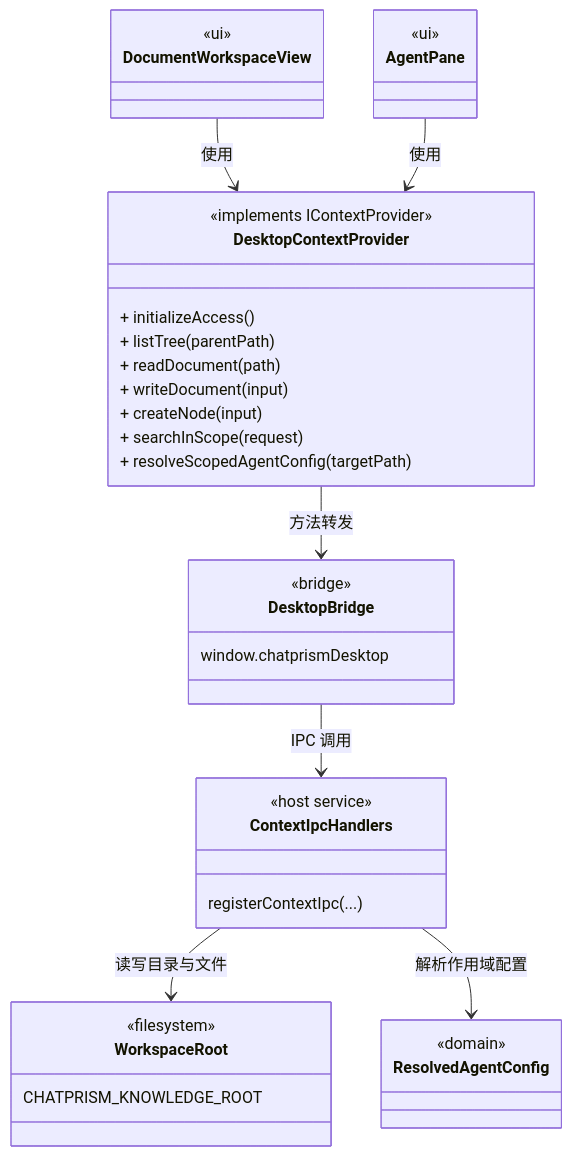
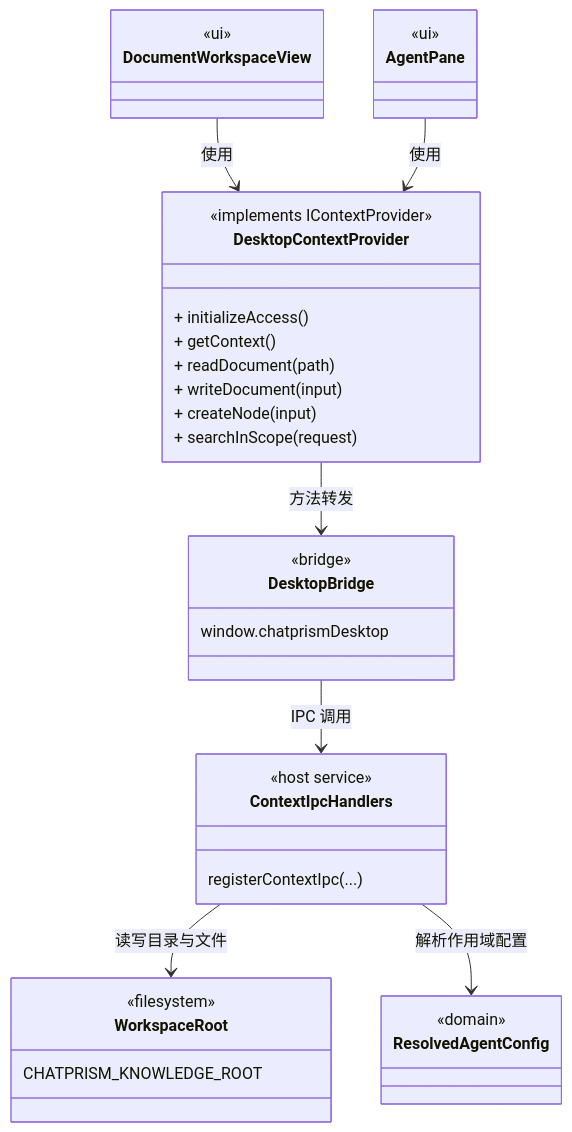
Before and after one commit to zhouquan2k/JARVIS: the third of 4 diagrams in docs/desktop-core-class-diagram.md, drawn with Mermaid. The commit also changed 109 other files, not shown here.

Commit message:
1. Refactor 复用ContextProvider， packages/node 2. 改名JARVIS，图标， 3. Feature: AgentView, 对话归属agent

````diff
--- a/docs/desktop-core-class-diagram.md
+++ b/docs/desktop-core-class-diagram.md
@@ -151,49 +151,48 @@
 ```mermaid
 classDiagram
 direction TB
 
 class DocumentWorkspaceView {
   <<ui>>
 }
 
 class AgentPane {
   <<ui>>
 }
 
 class DesktopContextProvider {
   <<implements IContextProvider>>
   + initializeAccess()
-  + listTree(parentPath)
+  + getContext()
   + readDocument(path)
   + writeDocument(input)
   + createNode(input)
   + searchInScope(request)
-  + resolveScopedAgentConfig(targetPath)
 }
 
 class DesktopBridge {
   <<bridge>>
   window.chatprismDesktop
 }
 
 class ContextIpcHandlers {
   <<host service>>
   registerContextIpc(...)
 }
 
 class WorkspaceRoot {
   <<filesystem>>
   CHATPRISM_KNOWLEDGE_ROOT
 }
 
 class ResolvedAgentConfig {
   <<domain>>
 }
 
 DocumentWorkspaceView --> DesktopContextProvider : 使用
 AgentPane --> DesktopContextProvider : 使用
 DesktopContextProvider --> DesktopBridge : 方法转发
 DesktopBridge --> ContextIpcHandlers : IPC 调用
 ContextIpcHandlers --> WorkspaceRoot : 读写目录与文件
 ContextIpcHandlers --> ResolvedAgentConfig : 解析作用域配置
 ```
````
